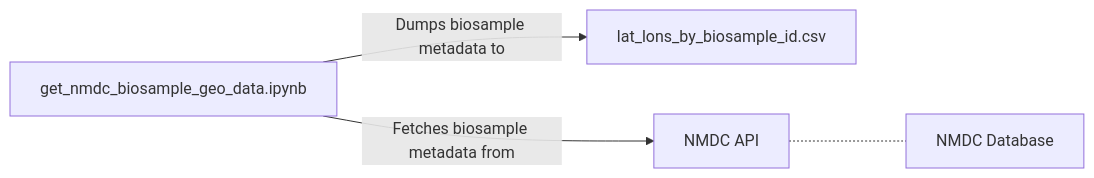
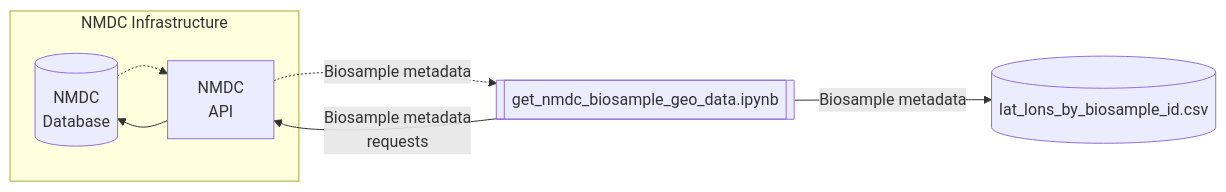
Before and after one commit to eecavanna/bertron: the diagram in nmdc/README.md, drawn with Mermaid. The commit also changed other lines of this file, not shown here.

Commit message:
Refine diagram and preceding text blurbs

````diff
--- a/nmdc/README.md
+++ b/nmdc/README.md
@@ -5,6 +9,15 @@
 ```mermaid
 flowchart LR
-    get_nmdc_biosample_geo_data.ipynb -- Dumps biosample metadata to --> lat_lons_by_biosample_id.csv
-    get_nmdc_biosample_geo_data.ipynb -- Fetches biosample metadata from --> NMDC_API["NMDC API"]
-    NMDC_API["NMDC API"] -.- NMDC_DB["NMDC Database"]
+    subgraph NMDC Infrastructure
+        nmdc_db[("NMDC<br>Database")]
+        nmdc_api["NMDC<br>API"]
+        nmdc_db -.-> nmdc_api
+        nmdc_api --> nmdc_db
+    end
+    
+    notebook[["get_nmdc_biosample_geo_data.ipynb"]]
+    notebook -- Biosample metadata<br>requests --> nmdc_api
+    notebook -- Biosample metadata --> csv_file
+    nmdc_api -. Biosample metadata .-> notebook
+    csv_file[("lat_lons_by_biosample_id.csv")]
 ```
````
